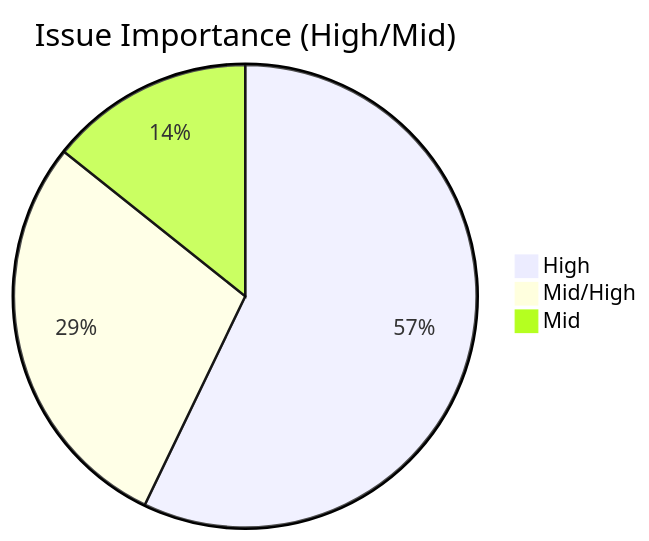
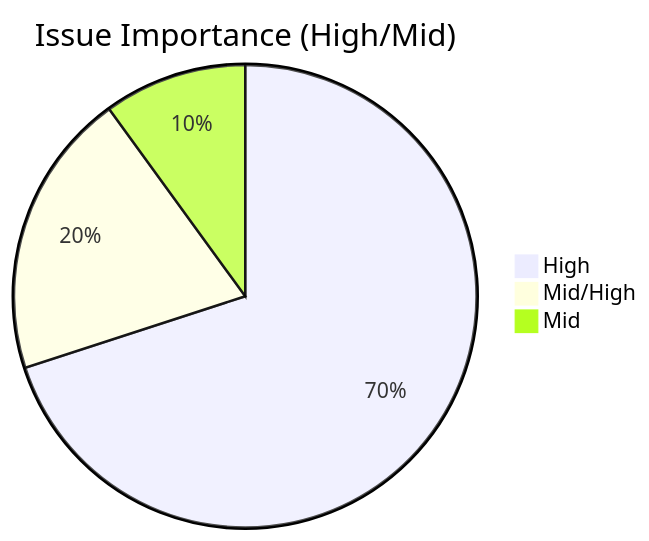
One commit to khuang1987/CZ_Digital_Central changed the third of 5 diagrams in 92-说明文档/docs/project/02_Measure_测量阶段/index.md. Above: the diagram before and after it, drawn with Mermaid. The commit also changed other lines of this file and 94 other files, not shown here.

````diff
--- a/92-说明文档/docs/project/02_Measure_测量阶段/index.md
+++ b/92-说明文档/docs/project/02_Measure_测量阶段/index.md
@@ -62,6 +71,6 @@
 ```mermaid
 pie title Issue Importance (High/Mid)
-  "High" : 4
+  "High" : 7
   "Mid/High" : 2
   "Mid" : 1
 ```
````
